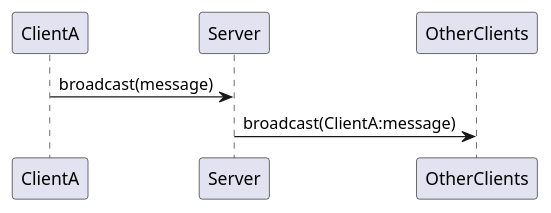
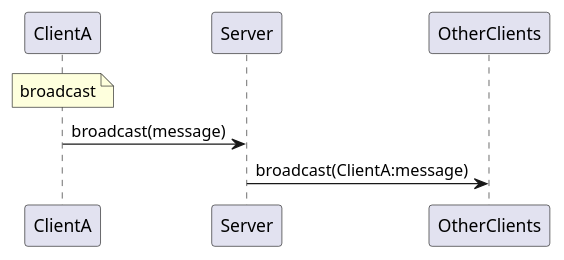
Before and after one commit to zhan860127/client_to_client_netty: the diagram in uml/client_connect.puml, drawn with PlantUML. The commit also changed 9 other files, not shown here.

```diff
--- a/uml/client_connect.puml
+++ b/uml/client_connect.puml
@@ -1,8 +1,8 @@
 @startuml
 
 
-
+note over ClientA:broadcast
 
 ClientA-> Server:broadcast(message)
 Server->OtherClients:broadcast(ClientA:message)
 @enduml
```
